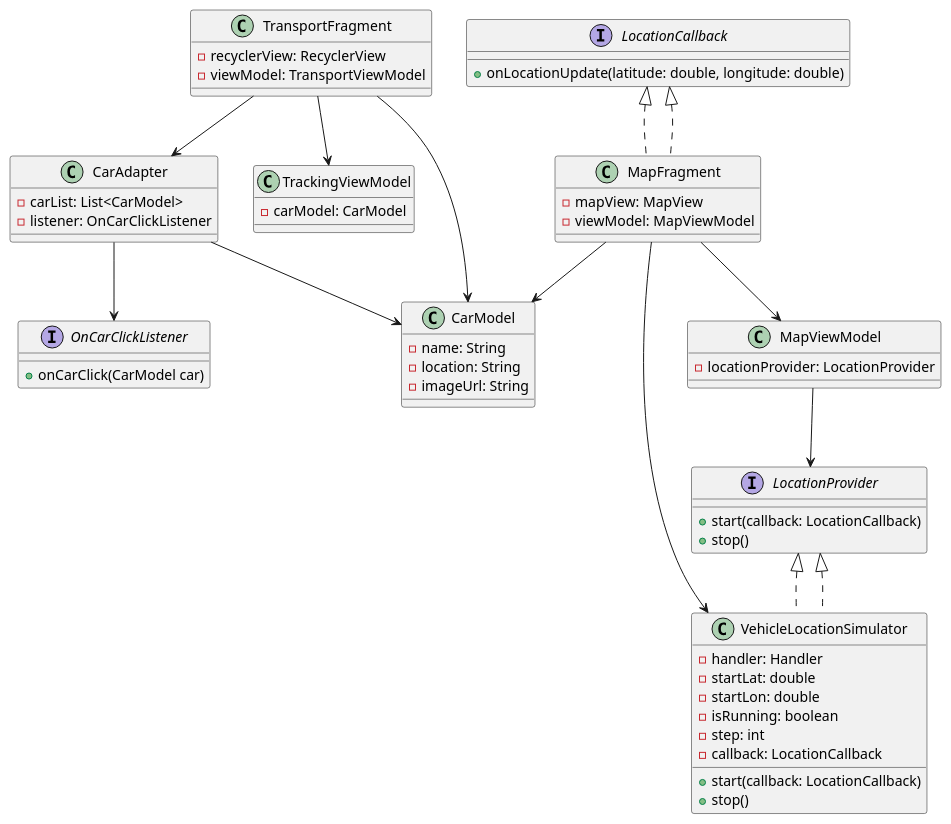
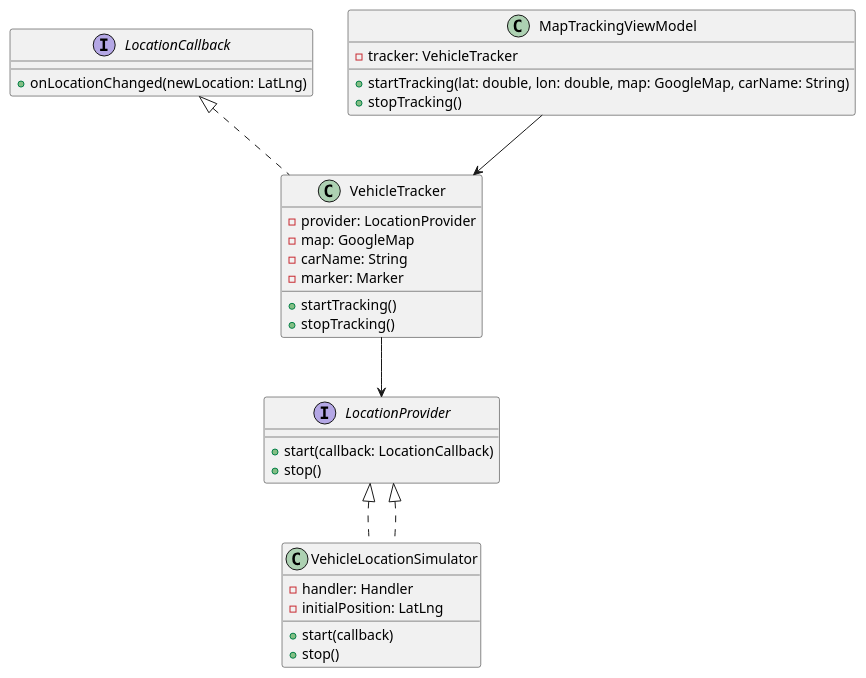
The diagram in app/src/main/java/com/example/vehicletracking/fragments/solid classes.puml (seruyvodoley/vehicle_tracking), drawn with PlantUML before and after one commit. The commit also changed 2 other files, not shown here.

Commit message:
improved diagrams

```diff
--- a/app/src/main/java/com/example/vehicletracking/fragments/solid classes.puml
+++ b/app/src/main/java/com/example/vehicletracking/fragments/solid classes.puml
@@ -1,70 +1,37 @@
 @startuml
-
-' Интерфейсы
 interface LocationProvider {
     +start(callback: LocationCallback)
     +stop()
 }
 
 interface LocationCallback {
-    +onLocationUpdate(latitude: double, longitude: double)
+    +onLocationChanged(newLocation: LatLng)
 }
 
-interface OnCarClickListener {
-    +onCarClick(CarModel car)
-}
-
-' Классы
 class VehicleLocationSimulator implements LocationProvider {
     -handler: Handler
-    -startLat: double
-    -startLon: double
-    -isRunning: boolean
-    -step: int
-    -callback: LocationCallback
-    +start(callback: LocationCallback)
+    -initialPosition: LatLng
+    +start(callback)
     +stop()
 }
 
-class CarModel {
-    -name: String
-    -location: String
-    -imageUrl: String
+class VehicleTracker {
+    -provider: LocationProvider
+    -map: GoogleMap
+    -carName: String
+    -marker: Marker
+    +startTracking()
+    +stopTracking()
 }
 
-class CarAdapter {
-    -carList: List<CarModel>
-    -listener: OnCarClickListener
-}
-
-class MapFragment implements LocationCallback {
-    -mapView: MapView
-    -viewModel: MapViewModel
-}
-
-class MapViewModel {
-    -locationProvider: LocationProvider
-}
-
-class TrackingViewModel {
-    -carModel: CarModel
-}
-
-class TransportFragment {
-    -recyclerView: RecyclerView
-    -viewModel: TransportViewModel
+class MapTrackingViewModel {
+    -tracker: VehicleTracker
+    +startTracking(lat: double, lon: double, map: GoogleMap, carName: String)
+    +stopTracking()
 }
 
 LocationProvider <|.. VehicleLocationSimulator
-LocationCallback <|.. MapFragment
-MapFragment --> MapViewModel
-MapFragment --> VehicleLocationSimulator
-MapFragment --> CarModel
-MapViewModel --> LocationProvider
-CarAdapter --> CarModel
-CarAdapter --> OnCarClickListener
-TransportFragment --> CarAdapter
-TransportFragment --> CarModel
-TransportFragment --> TrackingViewModel
-
+LocationCallback <|.. VehicleTracker
+VehicleTracker --> LocationProvider
+MapTrackingViewModel --> VehicleTracker
 @enduml
```
